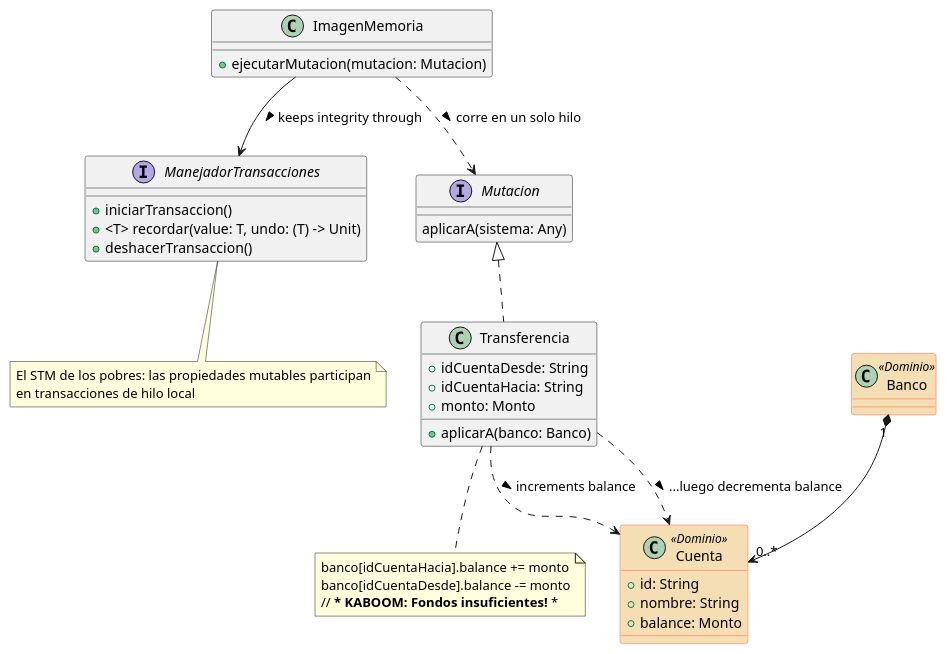
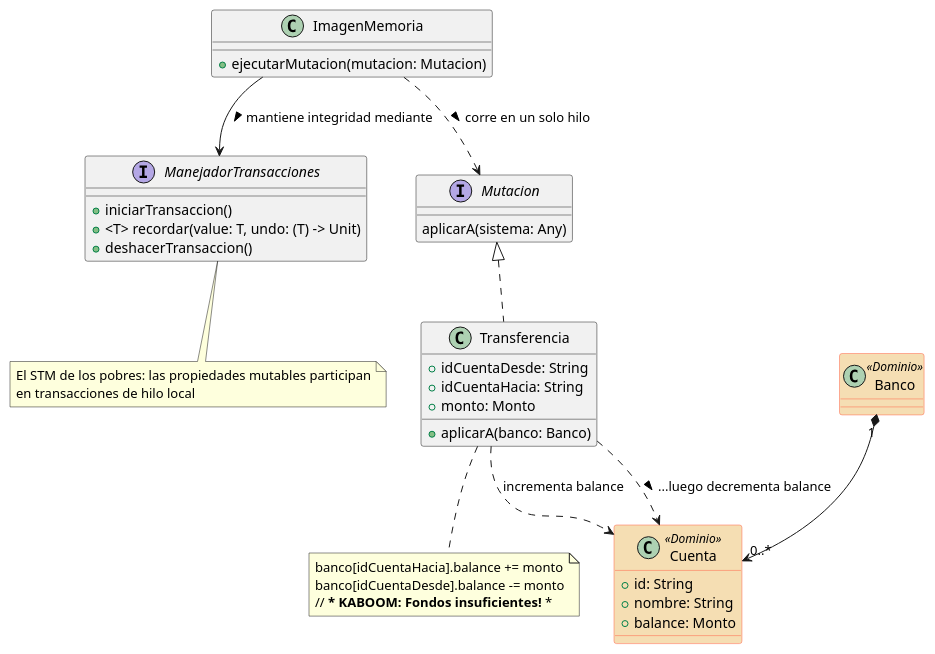
Before and after one commit to xrrocha/jvm-funcional: the diagram in kotlin-memimg/docs/kmemimg-3.puml, drawn with PlantUML. The commit also changed 19 other files, not shown here.

```diff
--- a/kotlin-memimg/docs/kmemimg-3.puml
+++ b/kotlin-memimg/docs/kmemimg-3.puml
@@ -1,50 +1,50 @@
 @startuml
 skinparam class {
     BackgroundColor<<Dominio>> Wheat
     BorderColor<<Dominio>> Tomato
 }
 
 class ImagenMemoria {
     + ejecutarMutacion(mutacion: Mutacion)
 }
 
 interface ManejadorTransacciones {
     + iniciarTransaccion()
     + <T> recordar(value: T, undo: (T) -> Unit)
     + deshacerTransaccion()
 }
-ImagenMemoria --> ManejadorTransacciones: keeps integrity through >
+ImagenMemoria --> ManejadorTransacciones: mantiene integridad mediante >
 note bottom of ManejadorTransacciones
         El STM de los pobres: las propiedades mutables participan
         en transacciones de hilo local
 end note
 
 interface Mutacion {
     aplicarA(sistema: Any)
 }
 ImagenMemoria ..> Mutacion: corre en un solo hilo >
 
 class Banco <<Dominio>> {
 }
 class Cuenta <<Dominio>> {
     + id: String
     + nombre: String
     + balance: Monto
 }
 Banco "1" *--> "0..*" Cuenta
 
 class Transferencia implements Mutacion {
     + idCuentaDesde: String
     + idCuentaHacia: String
     + monto: Monto
     + aplicarA(banco: Banco)
 }
 Transferencia ..> Cuenta: ...luego decrementa balance >
-Transferencia ..> Cuenta: increments balance >
+Transferencia ..> Cuenta: incrementa balance
 note bottom of Transferencia
     banco[idCuentaHacia].balance += monto
     banco[idCuentaDesde].balance -= monto
     // *** KABOOM: Fondos insuficientes! ***
 end note
 
 @enduml
```
